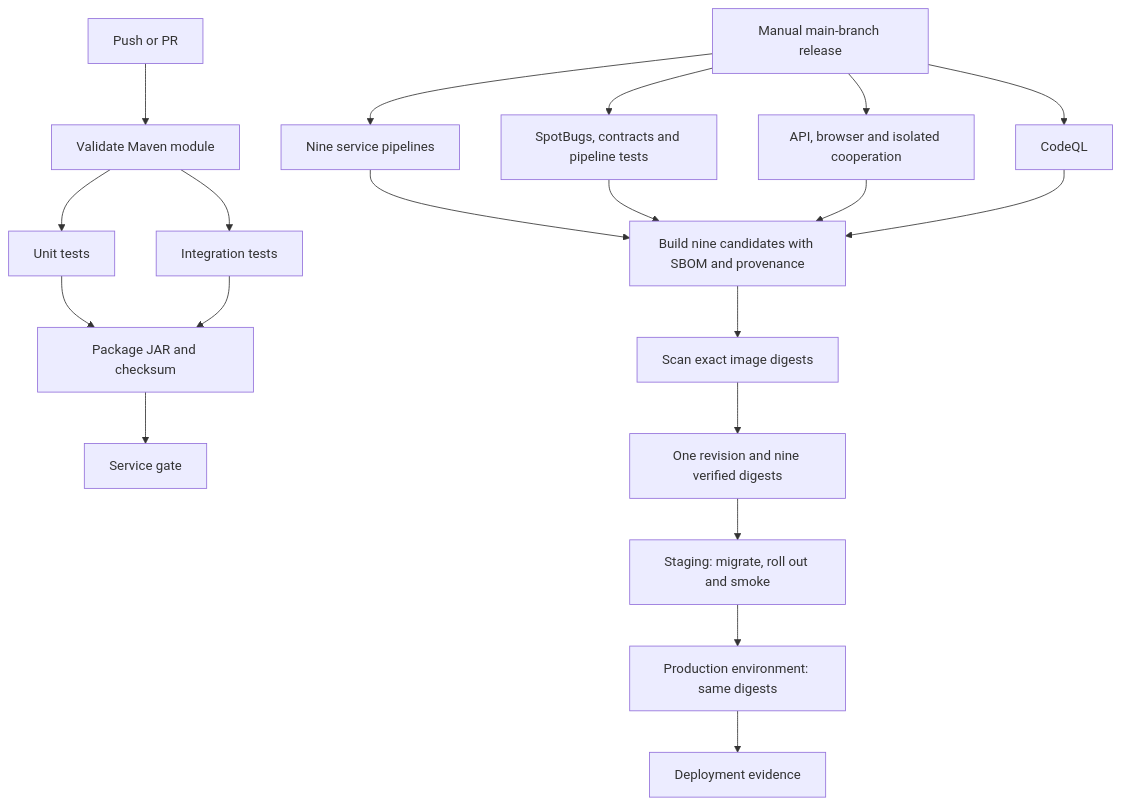
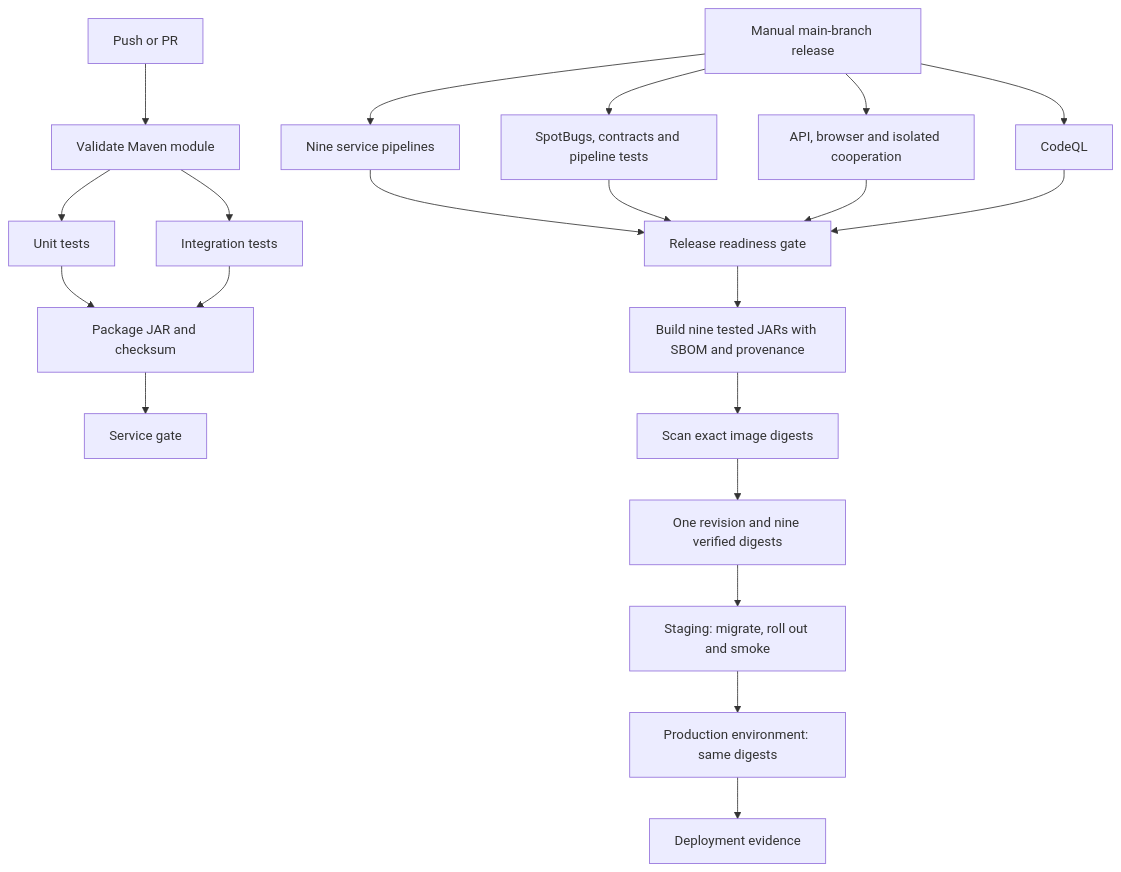
The second of 2 diagrams in documentation/CI-CD.md (AhmadAlkaseb/aj), drawn with Mermaid before and after one commit. The commit also changed other lines of this file and 116 other files, not shown here.

````diff
--- a/documentation/CI-CD.md
+++ b/documentation/CI-CD.md
@@ -5,22 +83,23 @@
 ```mermaid
 flowchart TD
     PR[Push or PR] --> Validate[Validate Maven module]
     Validate --> Unit[Unit tests]
     Validate --> Integration[Integration tests]
     Unit --> Package[Package JAR and checksum]
     Integration --> Package
     Package --> ServiceGate[Service gate]
     Release[Manual main-branch release] --> All[Nine service pipelines]
     Release --> Quality[SpotBugs, contracts and pipeline tests]
     Release --> System[API, browser and isolated cooperation]
     Release --> Security[CodeQL]
-    All --> Images[Build nine candidates with SBOM and provenance]
-    Quality --> Images
-    System --> Images
-    Security --> Images
+    All --> Ready[Release readiness gate]
+    Quality --> Ready
+    System --> Ready
+    Security --> Ready
+    Ready --> Images[Build nine tested JARs with SBOM and provenance]
     Images --> Scan[Scan exact image digests]
     Scan --> Manifest[One revision and nine verified digests]
     Manifest --> Staging[Staging: migrate, roll out and smoke]
     Staging --> Production[Production environment: same digests]
     Production --> Evidence[Deployment evidence]
 ```
````
